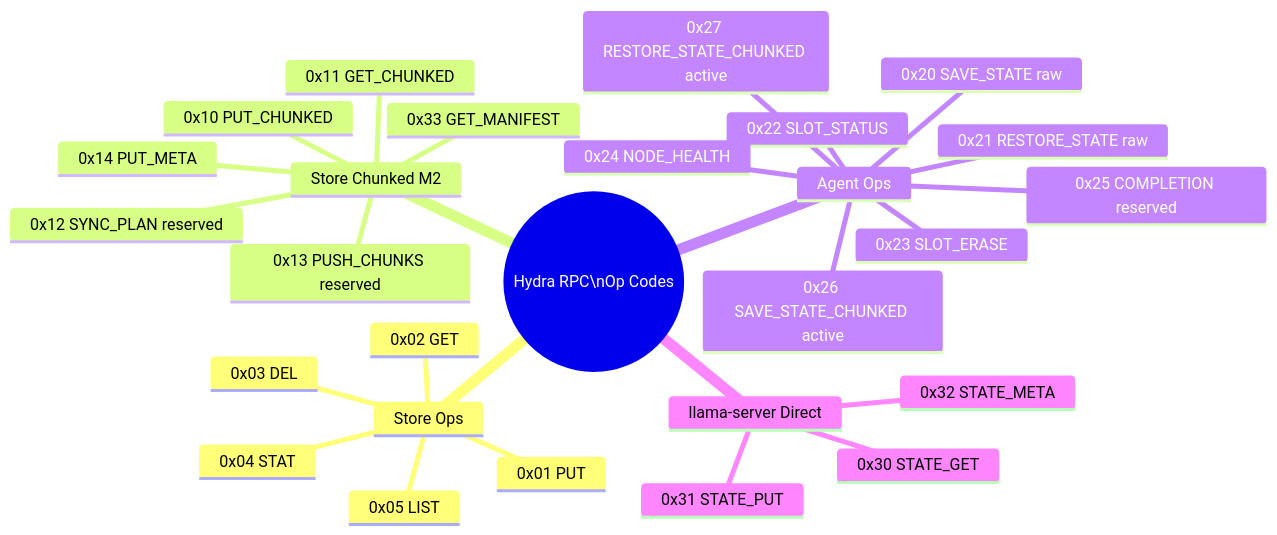
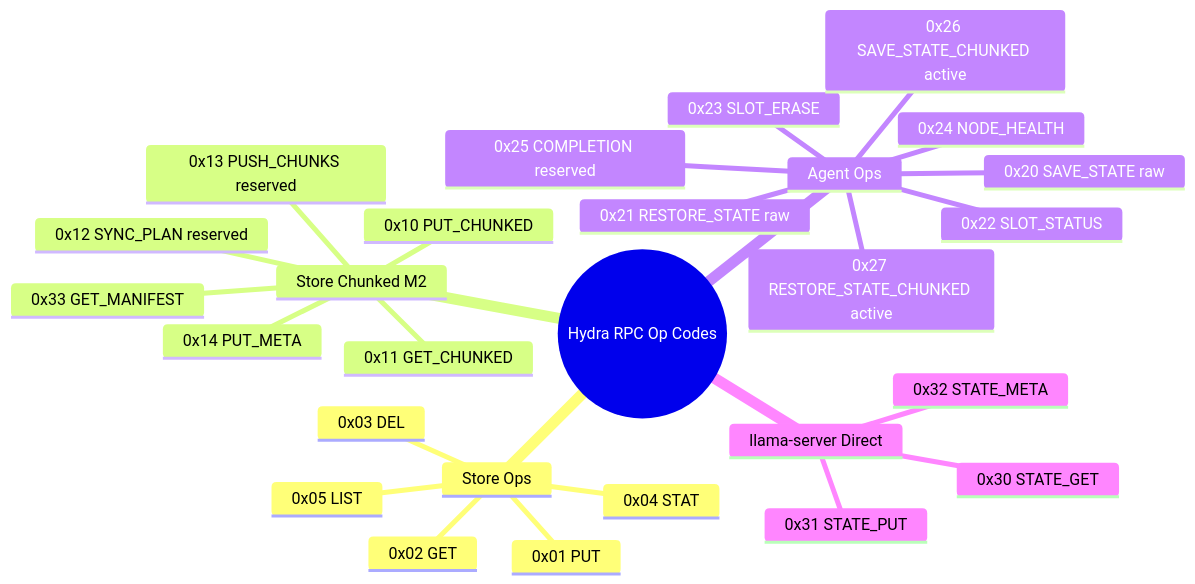
Before and after one commit to ddvnguyen/hydra_vortex: the sixth of 14 diagrams in docs/diagrams.md, drawn with Mermaid. The commit also changed 2 other files, not shown here.

Commit message:
cleanup and documents update

````diff
--- a/docs/diagrams.md
+++ b/docs/diagrams.md
@@ -168,30 +168,30 @@
 ```mermaid
 mindmap
-  root((Hydra RPC\nOp Codes))
+  root((Hydra RPC Op Codes))
     Store Ops
       0x01 PUT
       0x02 GET
       0x03 DEL
       0x04 STAT
       0x05 LIST
     Store Chunked M2
       0x10 PUT_CHUNKED
       0x11 GET_CHUNKED
       0x12 SYNC_PLAN reserved
       0x13 PUSH_CHUNKS reserved
       0x14 PUT_META
       0x33 GET_MANIFEST
     Agent Ops
       0x20 SAVE_STATE raw
       0x21 RESTORE_STATE raw
       0x22 SLOT_STATUS
       0x23 SLOT_ERASE
       0x24 NODE_HEALTH
       0x25 COMPLETION reserved
       0x26 SAVE_STATE_CHUNKED active
       0x27 RESTORE_STATE_CHUNKED active
     llama-server Direct
       0x30 STATE_GET
       0x31 STATE_PUT
       0x32 STATE_META
 ```
````
